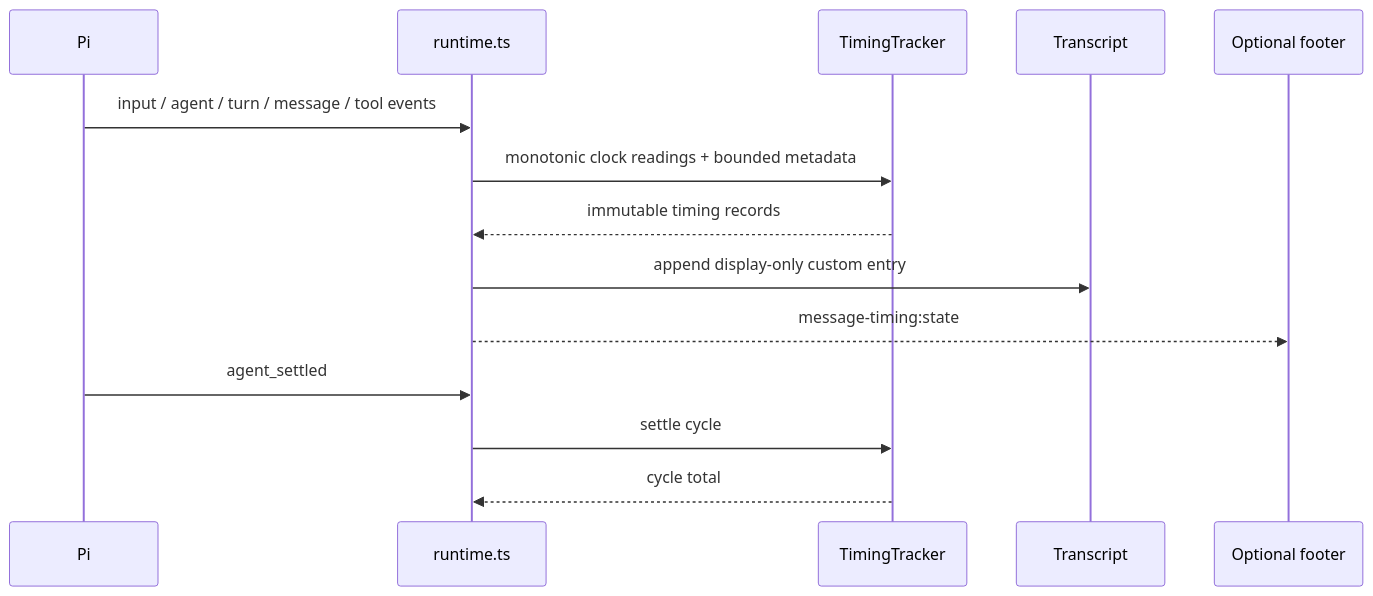
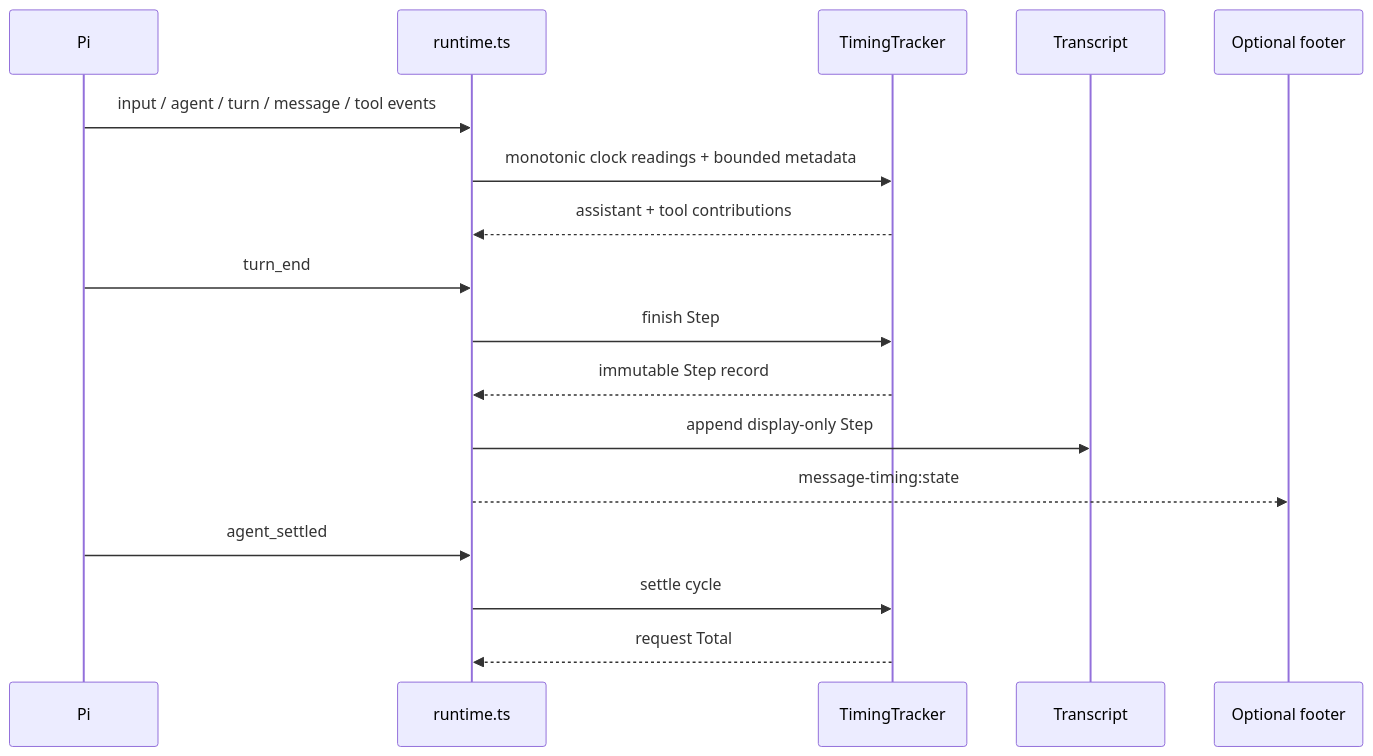
Before and after one commit to eysenfalk/pi-timelens: the diagram in docs/architecture.md, drawn with Mermaid. The commit also changed other lines of this file and 23 other files, not shown here.

Commit message:
feat: redesign timing around step summaries (#5)

````diff
--- a/docs/architecture.md
+++ b/docs/architecture.md
@@ -17,17 +17,20 @@
 ```mermaid
 sequenceDiagram
     participant Pi
     participant Adapter as runtime.ts
     participant Core as TimingTracker
     participant Transcript
     participant Consumer as Optional footer
 
     Pi->>Adapter: input / agent / turn / message / tool events
     Adapter->>Core: monotonic clock readings + bounded metadata
-    Core-->>Adapter: immutable timing records
-    Adapter->>Transcript: append display-only custom entry
+    Core-->>Adapter: assistant + tool contributions
+    Pi->>Adapter: turn_end
+    Adapter->>Core: finish Step
+    Core-->>Adapter: immutable Step record
+    Adapter->>Transcript: append display-only Step
     Adapter-->>Consumer: message-timing:state
     Pi->>Adapter: agent_settled
     Adapter->>Core: settle cycle
-    Core-->>Adapter: cycle total
+    Core-->>Adapter: request Total
 ```
````
